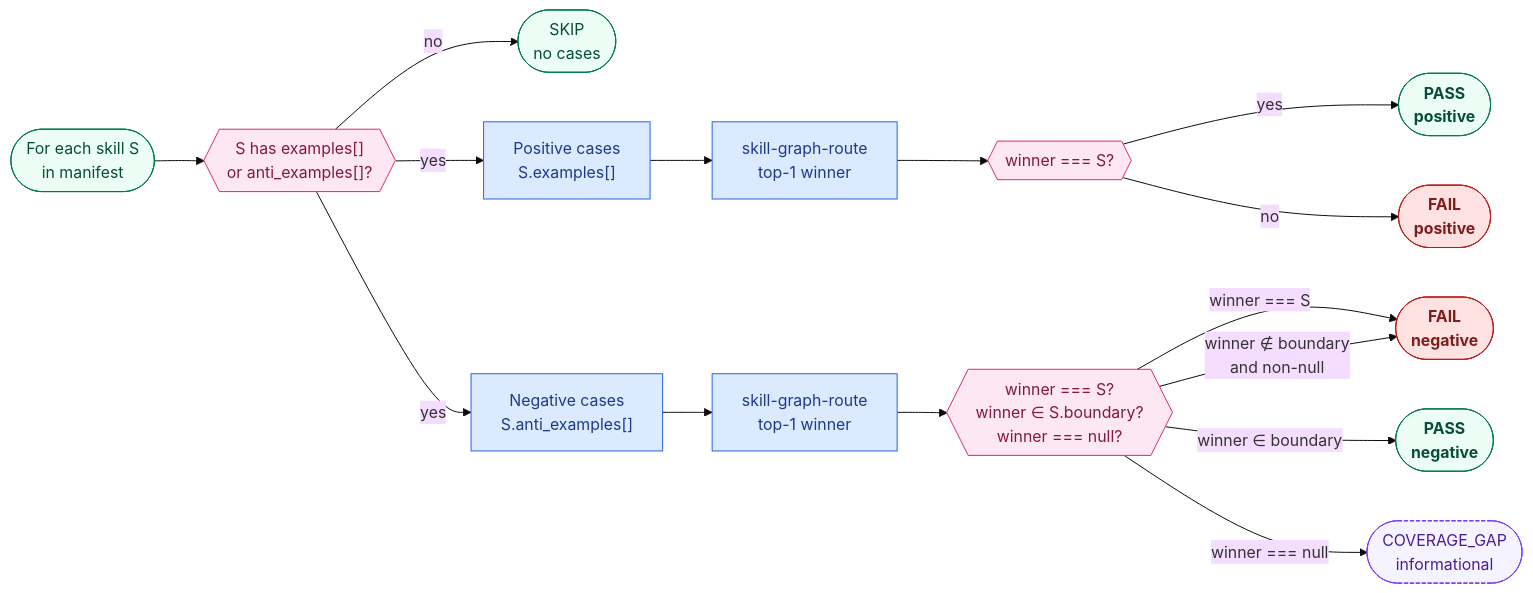
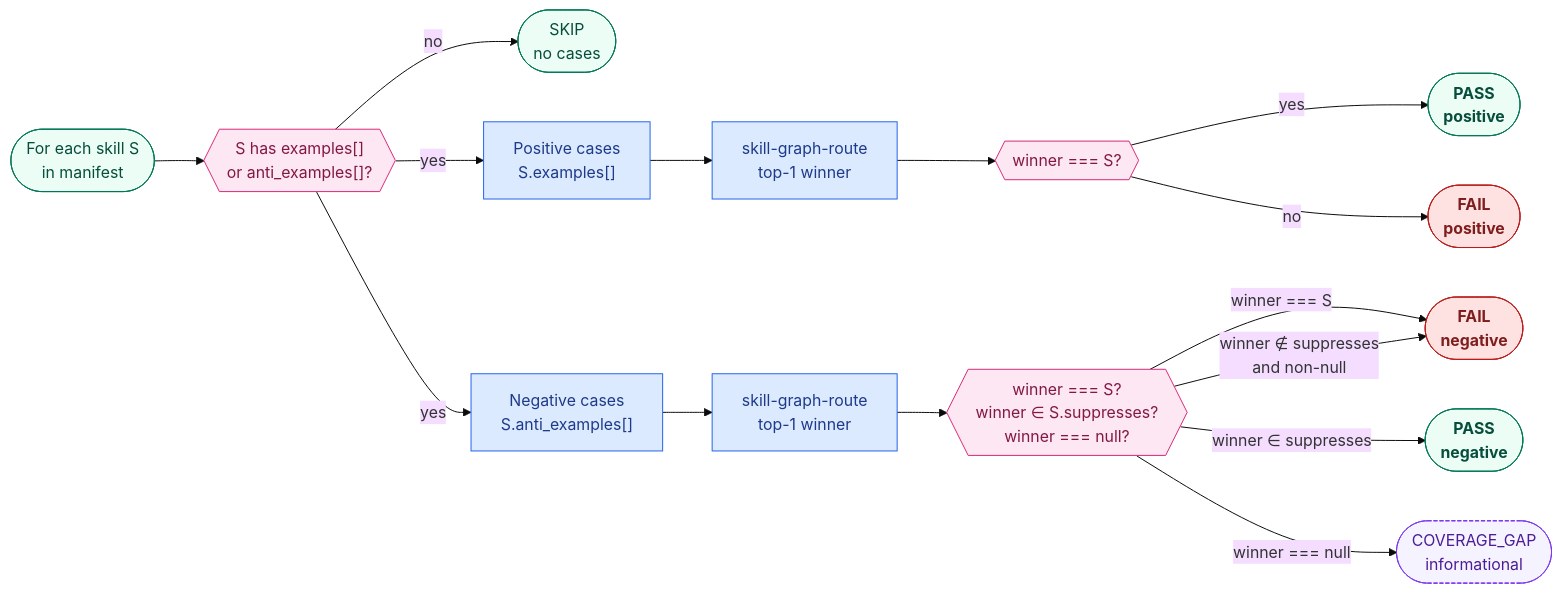
The fourth of 5 diagrams in SKILL_GRAPH.md (jacob-balslev/skill-graph), drawn with Mermaid (base theme) before and after one commit. The commit also changed other lines of this file and 10 other files, not shown here.

````diff
--- a/SKILL_GRAPH.md
+++ b/SKILL_GRAPH.md
@@ -300,43 +300,43 @@
 ```mermaid
 flowchart LR
   Start(["For each skill S<br/>in manifest"])
   HasCases{{"S has examples[]<br/>or anti_examples[]?"}}
   Skip(["SKIP<br/>no cases"])
   Pos["Positive cases<br/>S.examples[]"]
   Neg["Negative cases<br/>S.anti_examples[]"]
   Route1["skill-graph-route<br/>top-1 winner"]
   Route2["skill-graph-route<br/>top-1 winner"]
   WinEq{{"winner === S?"}}
-  WinBound{{"winner === S?<br/>winner &isin; S.boundary?<br/>winner === null?"}}
+  WinBound{{"winner === S?<br/>winner &isin; S.suppresses?<br/>winner === null?"}}
   PosPass(["PASS<br/>positive"])
   PosFail(["FAIL<br/>positive"])
   NegPass(["PASS<br/>negative"])
   NegFail(["FAIL<br/>negative"])
   Gap(["COVERAGE_GAP<br/>informational"])
 
   Start --> HasCases
   HasCases -->|no| Skip
   HasCases -->|yes| Pos
   HasCases -->|yes| Neg
   Pos --> Route1 --> WinEq
   Neg --> Route2 --> WinBound
   WinEq -->|yes| PosPass
   WinEq -->|no| PosFail
   WinBound -->|winner === S| NegFail
-  WinBound -->|winner &isin; boundary| NegPass
+  WinBound -->|winner &isin; suppresses| NegPass
   WinBound -->|winner === null| Gap
-  WinBound -->|winner &notin; boundary<br/>and non-null| NegFail
+  WinBound -->|winner &notin; suppresses<br/>and non-null| NegFail
 
   classDef start fill:#ecfdf5,stroke:#047857,color:#064e3b
   classDef gate fill:#fce7f3,stroke:#db2777,color:#831843
   classDef work fill:#dbeafe,stroke:#2563eb,color:#1e3a8a
   classDef pass fill:#ecfdf5,stroke:#047857,color:#064e3b,font-weight:bold
   classDef fail fill:#fee2e2,stroke:#b91c1c,color:#7f1d1d,font-weight:bold
   classDef skip fill:#f5f3ff,stroke:#7c3aed,color:#4c1d95,stroke-dasharray:4 2
   class Start,Skip start
   class HasCases,WinEq,WinBound gate
   class Pos,Neg,Route1,Route2 work
   class PosPass,NegPass pass
   class PosFail,NegFail fail
   class Gap skip
 ```
````
